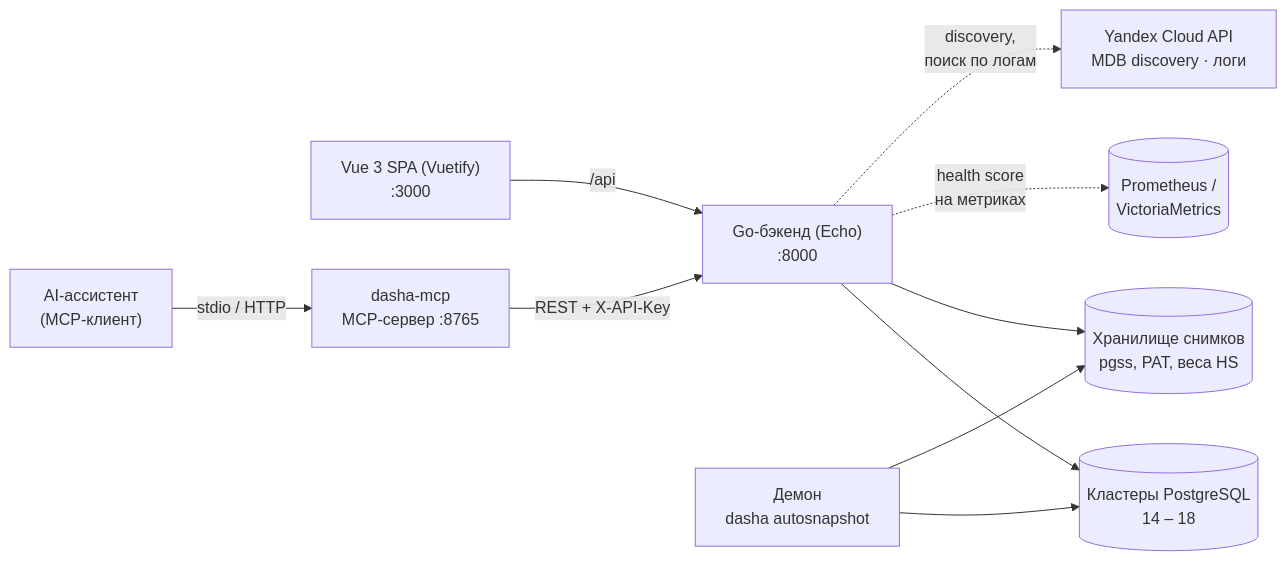
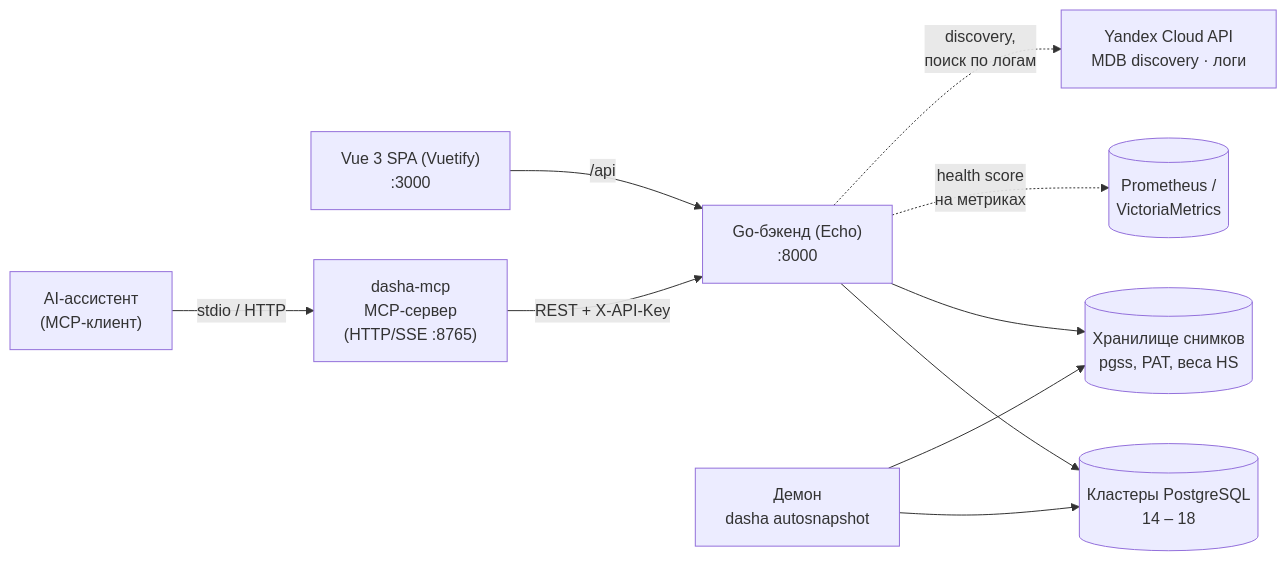
The diagram in doc/ru/architecture.md (dbulashev/dasha), drawn with Mermaid before and after one commit. The commit also changed 9 other files, not shown here.

````diff
--- a/doc/ru/architecture.md
+++ b/doc/ru/architecture.md
@@ -5,22 +5,22 @@
 ```mermaid
 flowchart LR
     SPA["Vue 3 SPA (Vuetify)<br/>:3000"]
     LLM["AI-ассистент<br/>(MCP-клиент)"]
-    MCP["dasha-mcp<br/>MCP-сервер :8765"]
+    MCP["dasha-mcp<br/>MCP-сервер<br/>(HTTP/SSE :8765)"]
     BE["Go-бэкенд (Echo)<br/>:8000"]
     AS["Демон<br/>dasha autosnapshot"]
     PG[("Кластеры PostgreSQL<br/>14 – 18")]
     ST[("Хранилище снимков<br/>pgss, PAT, веса HS")]
     TS[("Prometheus /<br/>VictoriaMetrics")]
     YC["Yandex Cloud API<br/>MDB discovery · логи"]
 
     SPA -->|/api| BE
     LLM -->|stdio / HTTP| MCP
     MCP -->|REST + X-API-Key| BE
     BE --> PG
     BE --> ST
     BE -.->|health score<br/>на метриках| TS
     BE -.->|discovery,<br/>поиск по логам| YC
     AS --> PG
     AS --> ST
 ```
````
